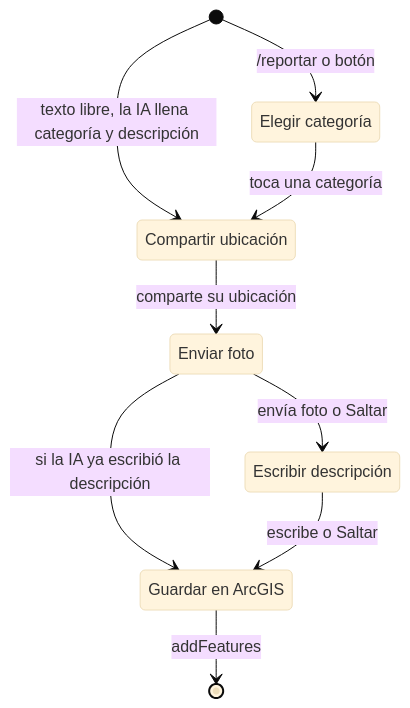
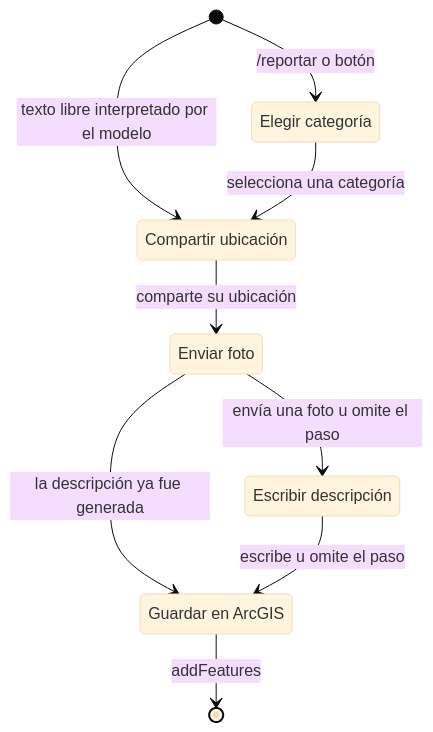
One commit to osbonilla/arcgis-telegram changed the fourth of 7 diagrams in README.md. Above: the diagram before and after it, drawn with Mermaid (base theme). The commit also changed other lines of this file, not shown here.

````diff
--- a/README.md
+++ b/README.md
@@ -141,17 +148,17 @@
 ```mermaid
 stateDiagram-v2
     state "Elegir categoría" as Categoria
     state "Compartir ubicación" as Ubicacion
     state "Enviar foto" as Foto
     state "Escribir descripción" as Descripcion
     state "Guardar en ArcGIS" as Guardado
 
     [*] --> Categoria: /reportar o botón
-    [*] --> Ubicacion: texto libre, la IA llena categoría y descripción
-    Categoria --> Ubicacion: toca una categoría
+    [*] --> Ubicacion: texto libre interpretado por el modelo
+    Categoria --> Ubicacion: selecciona una categoría
     Ubicacion --> Foto: comparte su ubicación
-    Foto --> Descripcion: envía foto o Saltar
-    Foto --> Guardado: si la IA ya escribió la descripción
-    Descripcion --> Guardado: escribe o Saltar
+    Foto --> Descripcion: envía una foto u omite el paso
+    Foto --> Guardado: la descripción ya fue generada
+    Descripcion --> Guardado: escribe u omite el paso
     Guardado --> [*]: addFeatures
 ```
````
